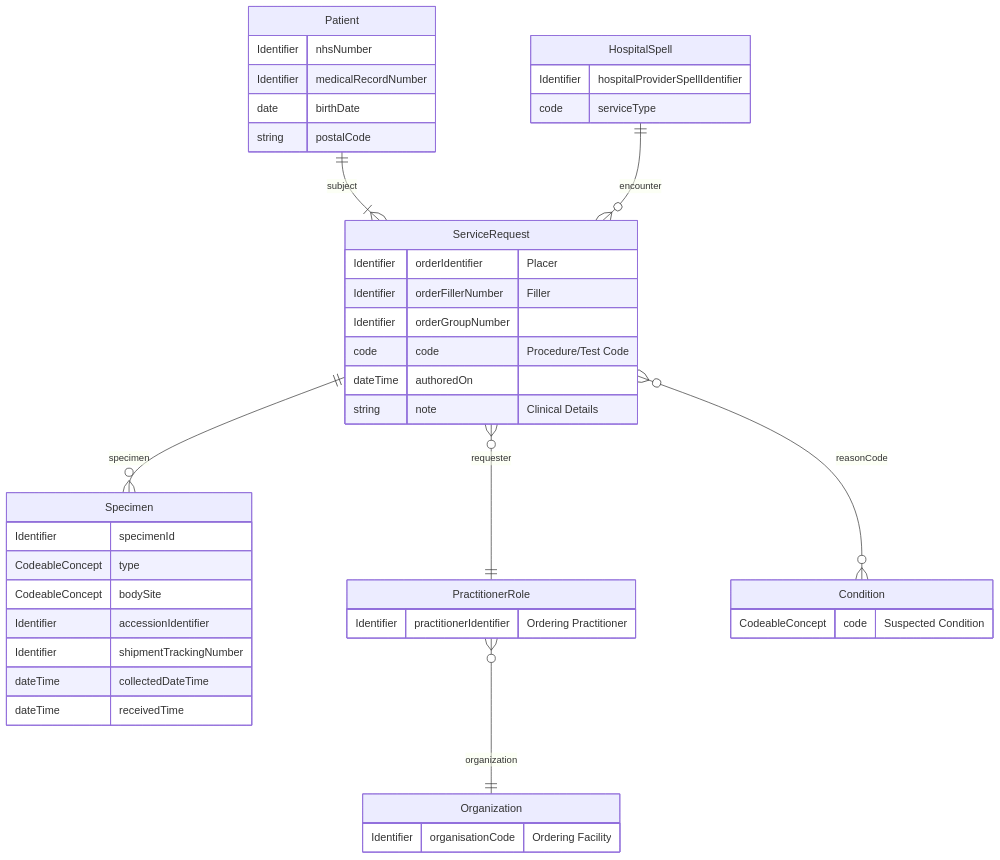
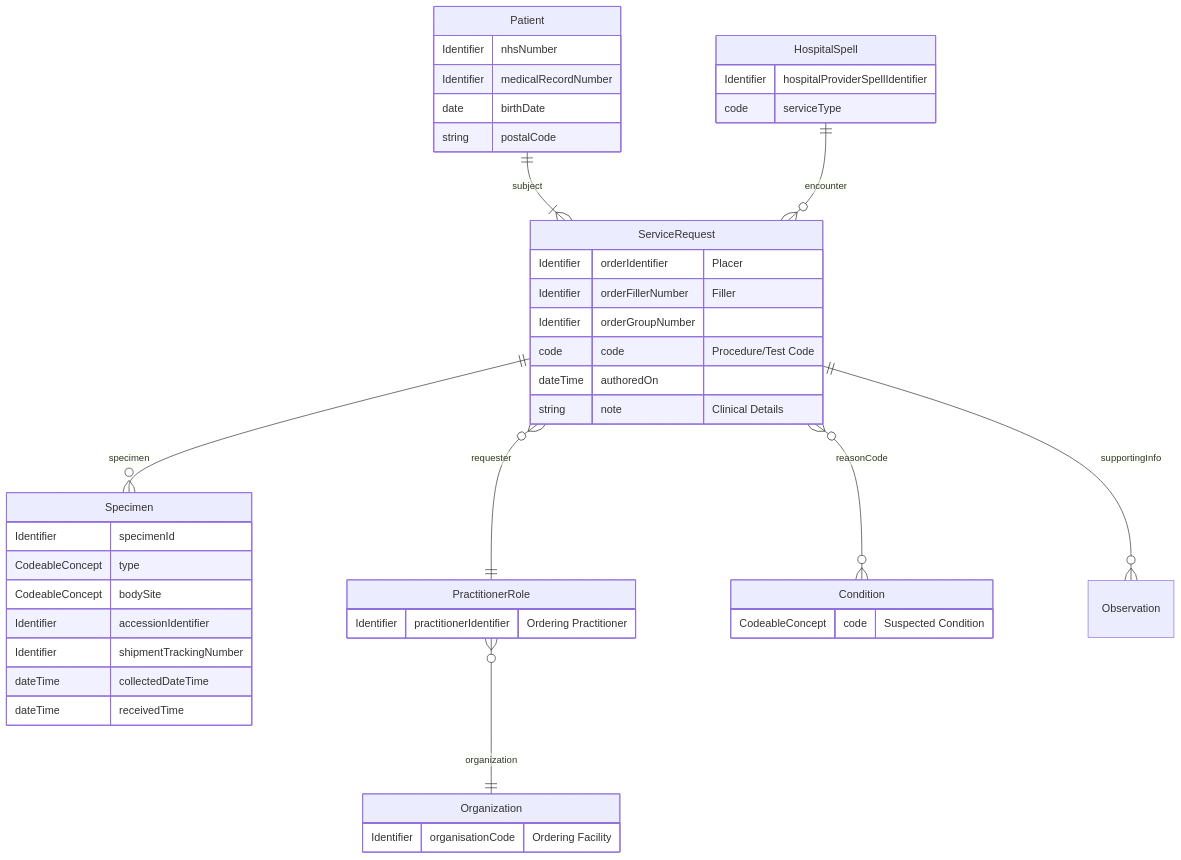
The first of 2 diagrams in input/pagecontent/Questionnaire-GenomicTestOrder-intro.md (nw-gmsa/nw-gmsa.github.com), drawn with Mermaid before and after one commit. The commit also changed 6 other files, not shown here.

````diff
--- a/input/pagecontent/Questionnaire-GenomicTestOrder-intro.md
+++ b/input/pagecontent/Questionnaire-GenomicTestOrder-intro.md
@@ -40,52 +40,53 @@
 ```mermaid
 erDiagram
     Patient ||--|{ ServiceRequest : subject
     HospitalSpell ||--o{ ServiceRequest : encounter
     ServiceRequest ||--o{ Specimen : specimen
     ServiceRequest }o--|| PractitionerRole : requester
     PractitionerRole }o--|| Organization : organization
     ServiceRequest }o--o{ Condition : reasonCode
+    ServiceRequest ||--o{ Observation : supportingInfo
 
     Patient {
         Identifier nhsNumber
         Identifier medicalRecordNumber
         date birthDate
         string postalCode
     }
 
     HospitalSpell {
         Identifier hospitalProviderSpellIdentifier
         code serviceType
     }
 
     ServiceRequest {
         Identifier orderIdentifier "Placer"
         Identifier orderFillerNumber "Filler"
         Identifier orderGroupNumber
         code code "Procedure/Test Code"
         dateTime authoredOn
         string note "Clinical Details"
     }
 
     PractitionerRole {
         Identifier practitionerIdentifier "Ordering Practitioner"
     }
 
     Organization {
         Identifier organisationCode "Ordering Facility"
     }
 
     Specimen {
         Identifier specimenId
         CodeableConcept type
         CodeableConcept bodySite
         Identifier accessionIdentifier
         Identifier shipmentTrackingNumber
         dateTime collectedDateTime
         dateTime receivedTime
     }
 
     Condition {
         CodeableConcept code "Suspected Condition"
     }
 ```
````
